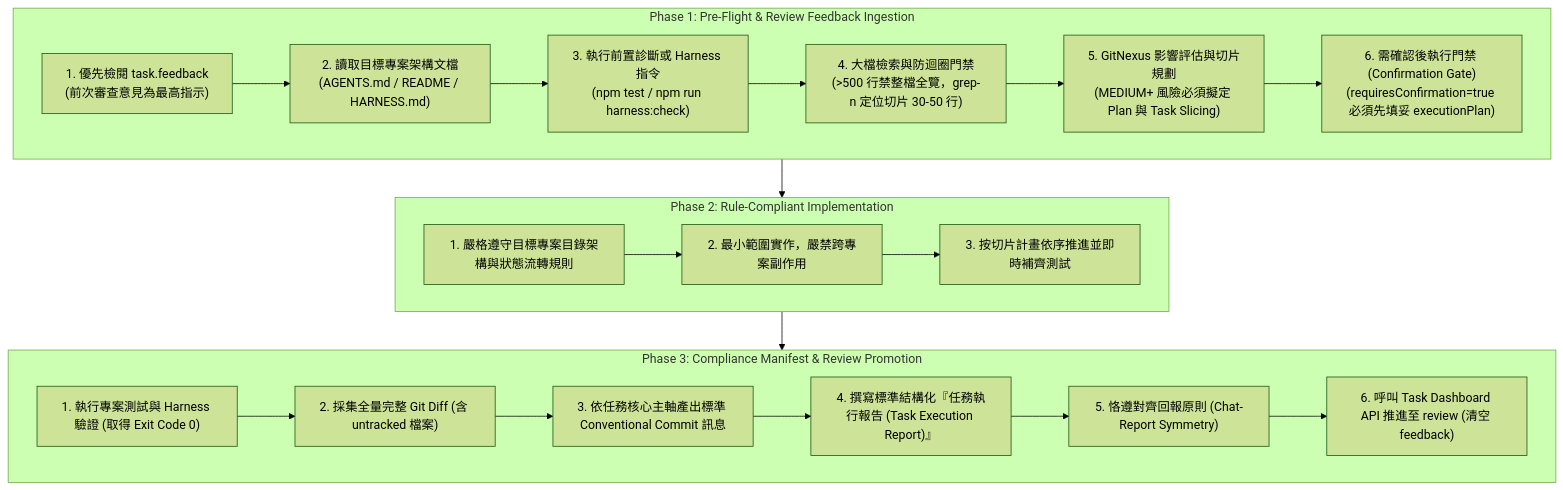
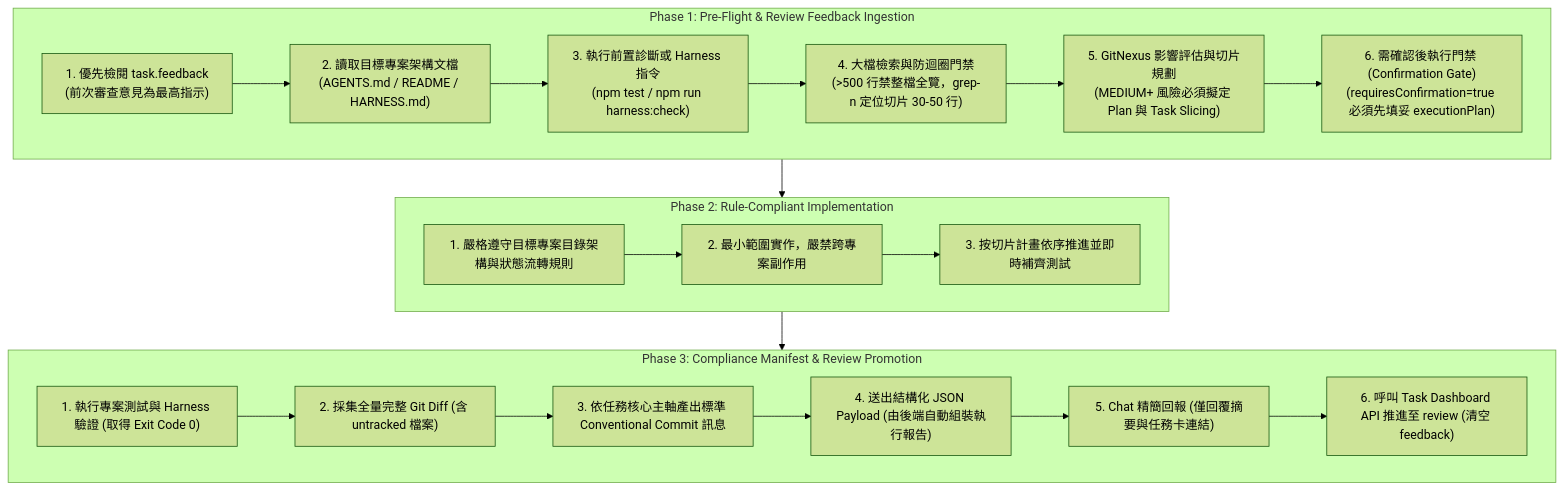
Before and after one commit to soysen/task-dashboard: the diagram in docs/AUTOMATION_STANDARD.md, drawn with Mermaid (forest theme). The commit also changed other lines of this file and 15 other files, not shown here.

````diff
--- a/docs/AUTOMATION_STANDARD.md
+++ b/docs/AUTOMATION_STANDARD.md
@@ -41,25 +41,25 @@
 ```mermaid
 flowchart TD
     subgraph Phase1["Phase 1: Pre-Flight & Review Feedback Ingestion"]
         P1_1["1. 優先檢閱 task.feedback\n(前次審查意見為最高指示)"] --> P1_2["2. 讀取目標專案架構文檔\n(AGENTS.md / README / HARNESS.md)"]
         P1_2 --> P1_3["3. 執行前置診斷或 Harness 指令\n(npm test / npm run harness:check)"]
         P1_3 --> P1_4["4. 大檔檢索與防迴圈門禁\n(>500 行禁整檔全覽，grep-n 定位切片 30-50 行)"]
         P1_4 --> P1_5["5. GitNexus 影響評估與切片規劃\n(MEDIUM+ 風險必須擬定 Plan 與 Task Slicing)"]
         P1_5 --> P1_6["6. 需確認後執行門禁 (Confirmation Gate)\n(requiresConfirmation=true 必須先填妥 executionPlan)"]
     end
 
     subgraph Phase2["Phase 2: Rule-Compliant Implementation"]
         P2_1["1. 嚴格遵守目標專案目錄架構與狀態流轉規則"] --> P2_2["2. 最小範圍實作，嚴禁跨專案副作用"]
         P2_2 --> P2_3["3. 按切片計畫依序推進並即時補齊測試"]
     end
 
     subgraph Phase3["Phase 3: Compliance Manifest & Review Promotion"]
         P3_1["1. 執行專案測試與 Harness 驗證 (取得 Exit Code 0)"] --> P3_2["2. 採集全量完整 Git Diff (含 untracked 檔案)"]
         P3_2 --> P3_3["3. 依任務核心主軸產出標準 Conventional Commit 訊息"]
-        P3_3 --> P3_4["4. 撰寫標準結構化『任務執行報告 (Task Execution Report)』"]
-        P3_4 --> P3_5["5. 恪遵對齊回報原則 (Chat-Report Symmetry)"]
+        P3_3 --> P3_4["4. 送出結構化 JSON Payload (由後端自動組裝執行報告)"]
+        P3_4 --> P3_5["5. Chat 精簡回報 (僅回覆摘要與任務卡連結)"]
         P3_5 --> P3_6["6. 呼叫 Task Dashboard API 推進至 review (清空 feedback)"]
     end
 
     Phase1 --> Phase2 --> Phase3
 ```
````
